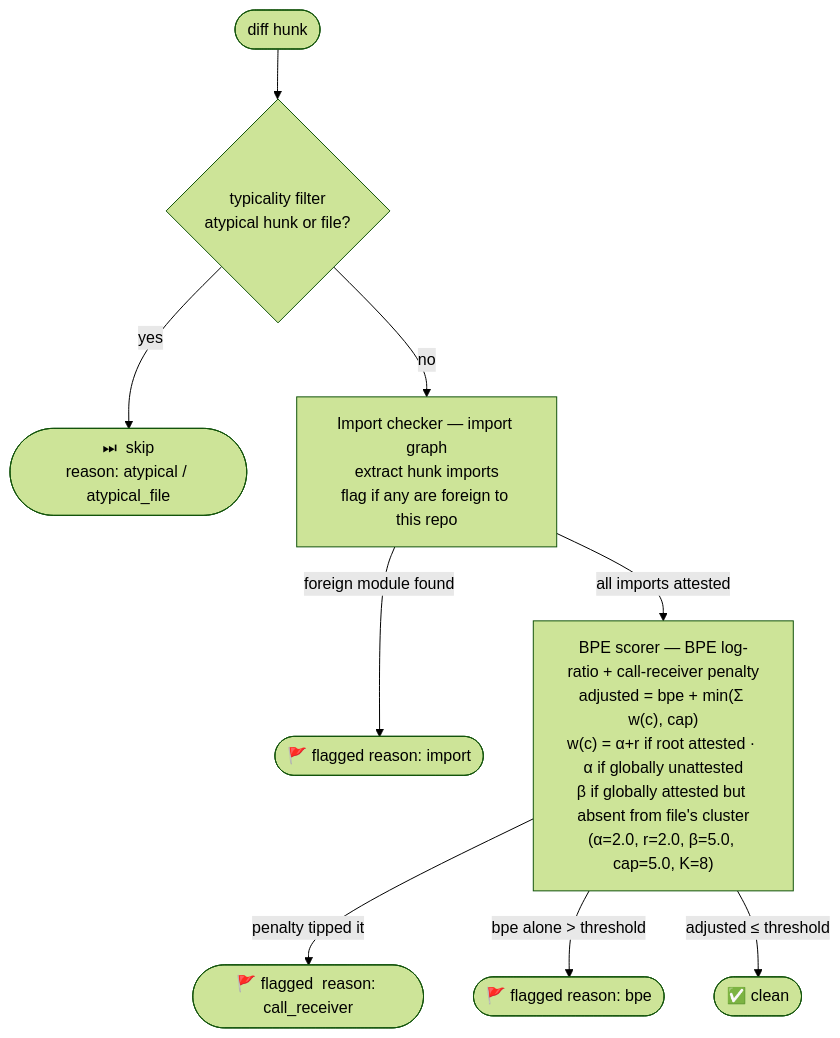
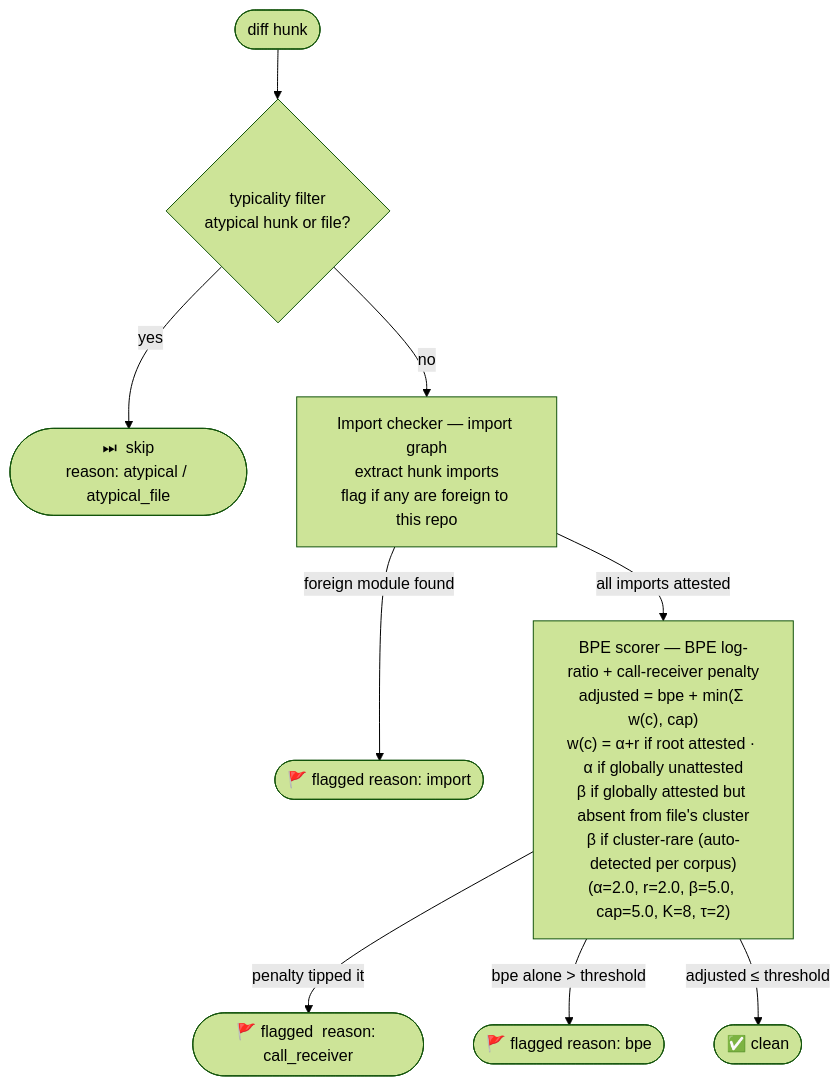
One commit to get-tmonier/argot changed the third of 3 diagrams in README.md. Above: the diagram before and after it, drawn with Mermaid (forest theme). The commit also changed other lines of this file and 40 other files, not shown here.

First line of the commit message:
feat: era 13.5 — asymmetric calibration with per-corpus auto-detect (#38)

````diff
--- a/README.md
+++ b/README.md
@@ -225,11 +270,11 @@
 ```mermaid
 flowchart TD
     H(["diff hunk"]) --> TYP{"typicality filter<br/>atypical hunk or file?"}
     TYP -- yes --> SKIP(["⏭  skip<br/>reason: atypical / atypical_file"])
     TYP -- no --> S1["Import checker — import graph\nextract hunk imports\nflag if any are foreign to this repo"]
     S1 -- "foreign module found" --> F1(["🚩 flagged  reason: import"])
-    S1 -- "all imports attested" --> S2["BPE scorer — BPE log-ratio + call-receiver penalty\nadjusted = bpe + min(Σ w(c), cap)\nw(c) = α+r if root attested · α if globally unattested\nβ if globally attested but absent from file's cluster\n(α=2.0, r=2.0, β=5.0, cap=5.0, K=8)"]
+    S1 -- "all imports attested" --> S2["BPE scorer — BPE log-ratio + call-receiver penalty\nadjusted = bpe + min(Σ w(c), cap)\nw(c) = α+r if root attested · α if globally unattested\nβ if globally attested but absent from file's cluster\nβ if cluster-rare (auto-detected per corpus)\n(α=2.0, r=2.0, β=5.0, cap=5.0, K=8, τ=2)"]
     S2 -- "penalty tipped it" --> F15(["🚩 flagged  reason: call_receiver"])
     S2 -- "bpe alone > threshold" --> F2(["🚩 flagged  reason: bpe"])
     S2 -- "adjusted ≤ threshold" --> OK(["✅ clean"])
 ```
````
